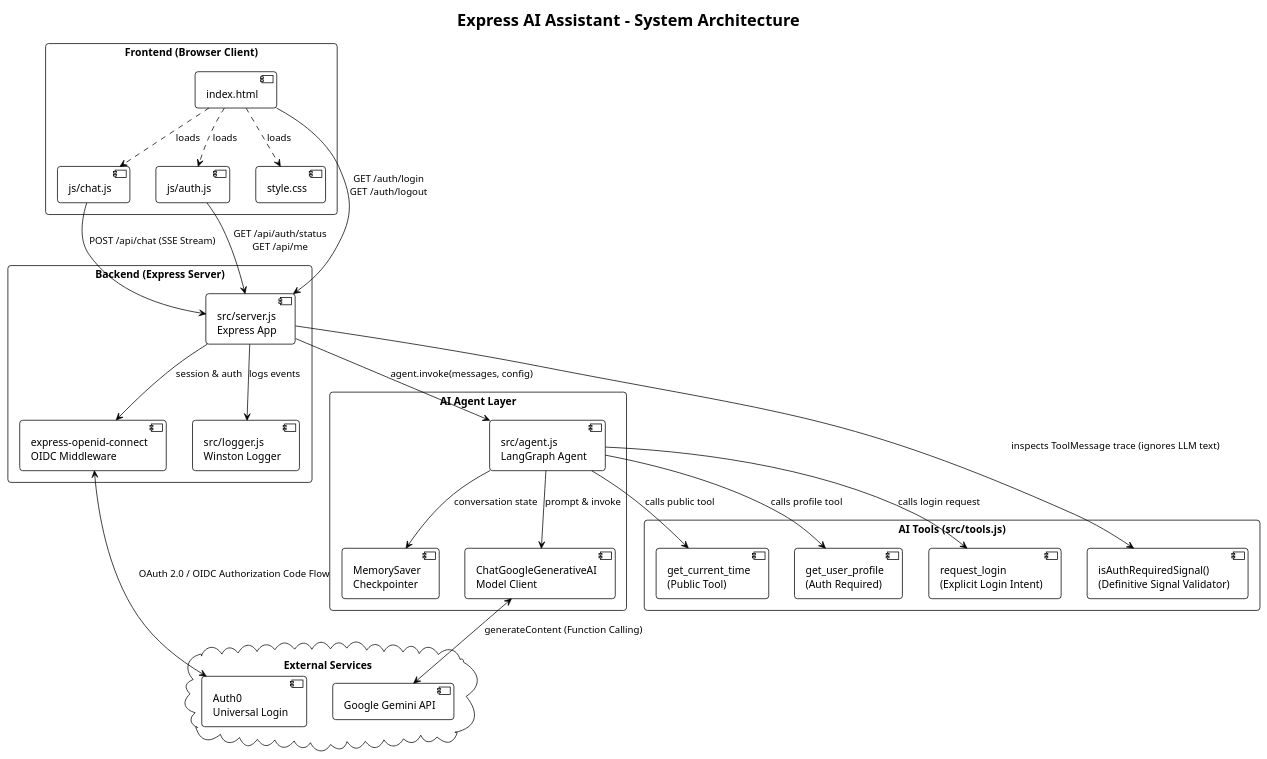
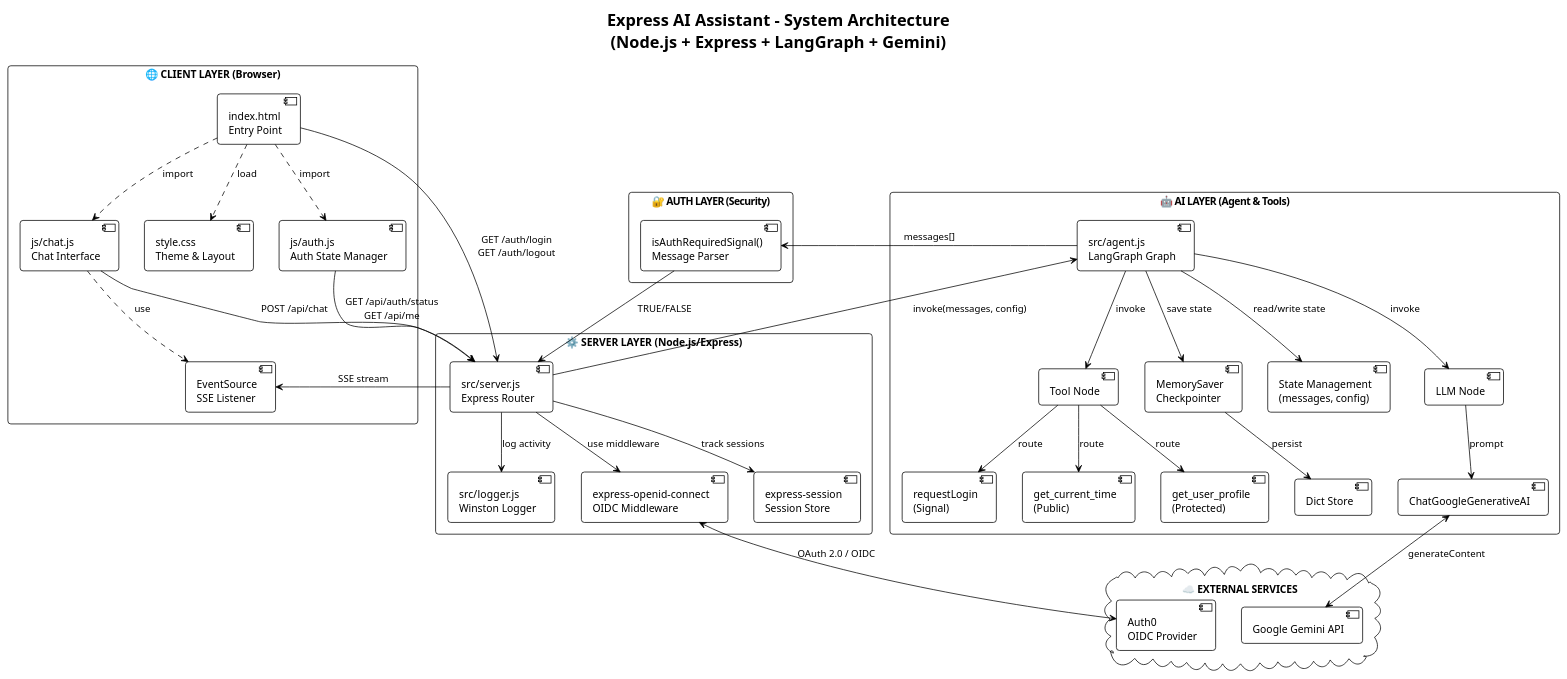
One commit to malotian/node-ai-assitant changed the first of 2 diagrams in ARCHITECTURE.puml. Above: the diagram before and after it, drawn with PlantUML. The commit also changed other lines of this file and 17 other files, not shown here.

First line of the commit message:
feat: Phase 1 - Access tokens for first-party APIs (Auth0Client)

```diff
--- a/ARCHITECTURE.puml
+++ b/ARCHITECTURE.puml
@@ -1,68 +1,84 @@
 @startuml Express_AI_Assistant_Architecture
 !theme plain
 skinparam componentStyle uml2
 skinparam packageStyle rectangle
 skinparam shadowing false
 skinparam roundcorner 8
 skinparam defaultFontName Arial
 
-title Express AI Assistant - System Architecture
+title Express AI Assistant - System Architecture\n(Node.js + Express + LangGraph + Gemini)
 
-package "Frontend (Browser Client)" {
-    [index.html] as HTML
-    [js/auth.js] as AuthUI
-    [js/chat.js] as ChatUI
-    [style.css] as Style
-    
-    HTML ..> AuthUI : loads
-    HTML ..> ChatUI : loads
-    HTML ..> Style : loads
+package "🌐 CLIENT LAYER (Browser)" {
+    [index.html\nEntry Point] as HTML
+    [js/auth.js\nAuth State Manager] as AuthUI
+    [js/chat.js\nChat Interface] as ChatUI
+    [style.css\nTheme & Layout] as Style
+    [EventSource\nSSE Listener] as EventListener
 }
 
-package "Backend (Express Server)" {
-    [src/server.js\nExpress App] as Server
+package "⚙️ SERVER LAYER (Node.js/Express)" {
+    [src/server.js\nExpress Router] as Server
     [express-openid-connect\nOIDC Middleware] as OIDC
+    [express-session\nSession Store] as SessionStore
     [src/logger.js\nWinston Logger] as Logger
-    
-    Server --> OIDC : session & auth
-    Server --> Logger : logs events
 }
 
-package "AI Agent Layer" {
-    [src/agent.js\nLangGraph Agent] as Agent
+package "🤖 AI LAYER (Agent & Tools)" {
+    [src/agent.js\nLangGraph Graph] as Agent
+    [State Management\n(messages, config)] as AgentState
+    [LLM Node] as LLMNode
+    [Tool Node] as ToolNode
+    [get_current_time\n(Public)] as ToolPublic
+    [get_user_profile\n(Protected)] as ToolProtected
+    [requestLogin\n(Signal)] as ToolLogin
     [MemorySaver\nCheckpointer] as Memory
-    [ChatGoogleGenerativeAI\nModel Client] as LLMClient
-    
-    Agent --> Memory : conversation state
-    Agent --> LLMClient : prompt & invoke
+    [Dict Store] as MemStore
+    [ChatGoogleGenerativeAI] as LLMClient
 }
 
-package "AI Tools (src/tools.js)" {
-    [get_current_time\n(Public Tool)] as ToolTime
-    [get_user_profile\n(Auth Required)] as ToolProfile
-    [request_login\n(Explicit Login Intent)] as ToolLogin
-    [isAuthRequiredSignal()\n(Definitive Signal Validator)] as SignalDetector
+package "🔐 AUTH LAYER (Security)" {
+    [isAuthRequiredSignal()\nMessage Parser] as SignalDetector
 }
 
-cloud "External Services" {
-    [Auth0\nUniversal Login] as Auth0
+cloud "☁️ EXTERNAL SERVICES" {
+    [Auth0\nOIDC Provider] as Auth0
     [Google Gemini API] as GeminiAPI
 }
 
-' Frontend <-> Backend
-ChatUI -right-> Server : POST /api/chat (SSE Stream)
+' === INTERNAL STRUCTURE ===
+HTML ..> AuthUI : import
+HTML ..> ChatUI : import
+HTML ..> Style : load
+ChatUI ..> EventListener : use
+
+Server --> OIDC : use middleware
+Server --> SessionStore : track sessions
+Server --> Logger : log activity
+
+Agent --> AgentState : read/write state
+Agent --> LLMNode : invoke
+Agent --> ToolNode : invoke
+LLMNode --> LLMClient : prompt
+LLMClient <--> GeminiAPI : generateContent
+
+ToolNode --> ToolPublic : route
+ToolNode --> ToolProtected : route
+ToolNode --> ToolLogin : route
+
+Agent --> Memory : save state
+Memory --> MemStore : persist
+
+' === CROSS-LAYER CONNECTIONS ===
+ChatUI --> Server : POST /api/chat
+Server --> Agent : invoke(messages, config)
+Agent --> SignalDetector : messages[]
+SignalDetector --> Server : TRUE/FALSE
+
+Server --> EventListener : SSE stream
+
 AuthUI --> Server : GET /api/auth/status\nGET /api/me
 HTML --> Server : GET /auth/login\nGET /auth/logout
 
-' Backend Auth
-OIDC <--> Auth0 : OAuth 2.0 / OIDC Authorization Code Flow
-
-' Backend <-> Agent
-Server --> Agent : agent.invoke(messages, config)
-Agent --> ToolTime : calls public tool
-Agent --> ToolProfile : calls profile tool
-Agent --> ToolLogin : calls login request
-Server --> SignalDetector : inspects ToolMessage trace (ignores LLM text)
-LLMClient <--> GeminiAPI : generateContent (Function Calling)
+OIDC <--> Auth0 : OAuth 2.0 / OIDC
 
 @enduml
```
